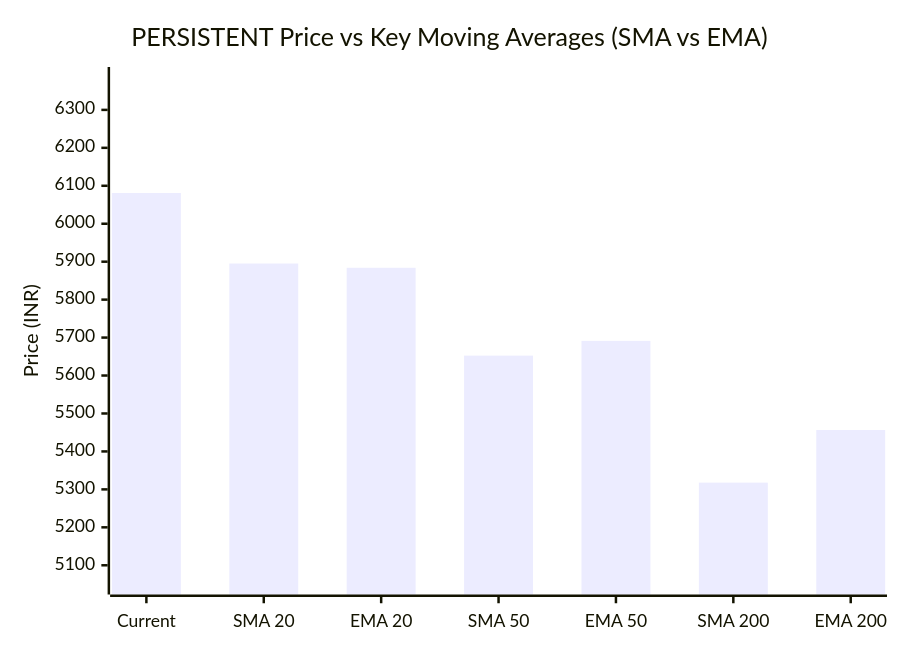
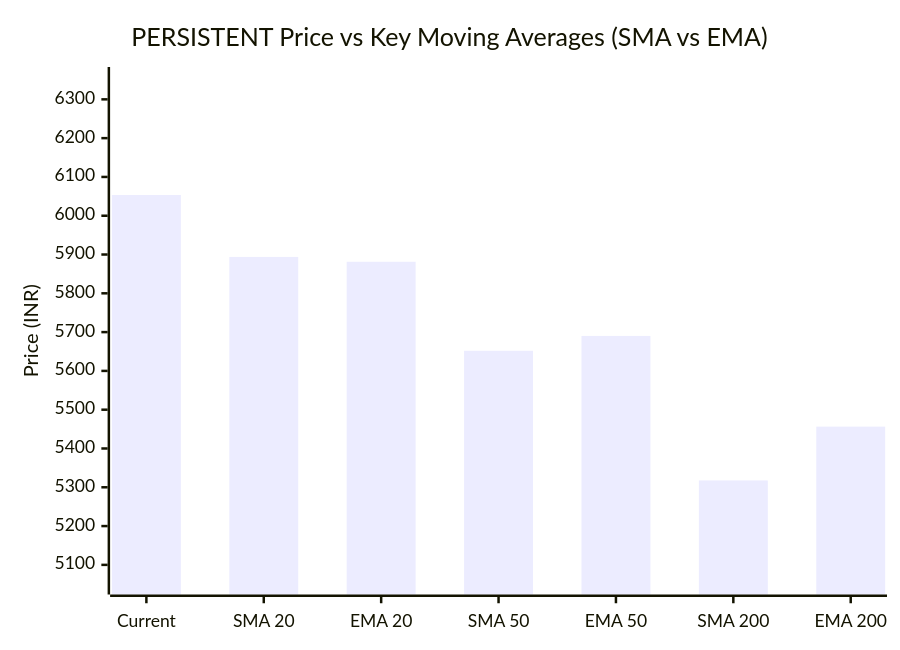
Before and after one commit to purnareddy9/dev: the third of 3 diagrams in market-intelligence/stocks/PERSISTENT/latest.md, drawn with Mermaid. The commit also changed other lines of this file and 4 other files, not shown here.

````diff
--- a/market-intelligence/stocks/PERSISTENT/latest.md
+++ b/market-intelligence/stocks/PERSISTENT/latest.md
@@ -104,7 +104,7 @@
 ```mermaid
 xychart-beta
     title "PERSISTENT Price vs Key Moving Averages (SMA vs EMA)"
     x-axis ["Current", "SMA 20", "EMA 20", "SMA 50", "EMA 50", "SMA 200", "EMA 200"]
-    y-axis "Price (INR)" 5051 --> 6385
-    bar [6081.0, 5895.12, 5883.96, 5652.48, 5691.26, 5317.77, 5456.57]
+    y-axis "Price (INR)" 5051 --> 6356
+    bar [6053.5, 5893.75, 5881.34, 5651.93, 5690.18, 5317.63, 5456.3]
 ```
````
